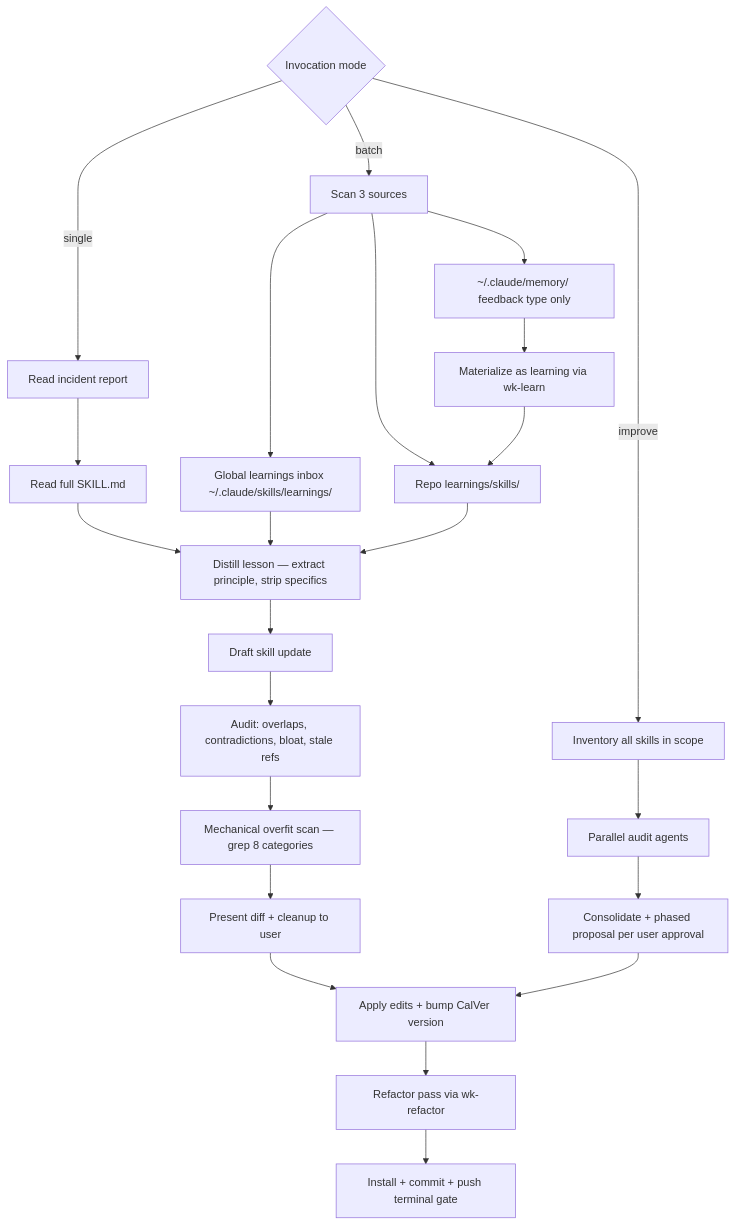
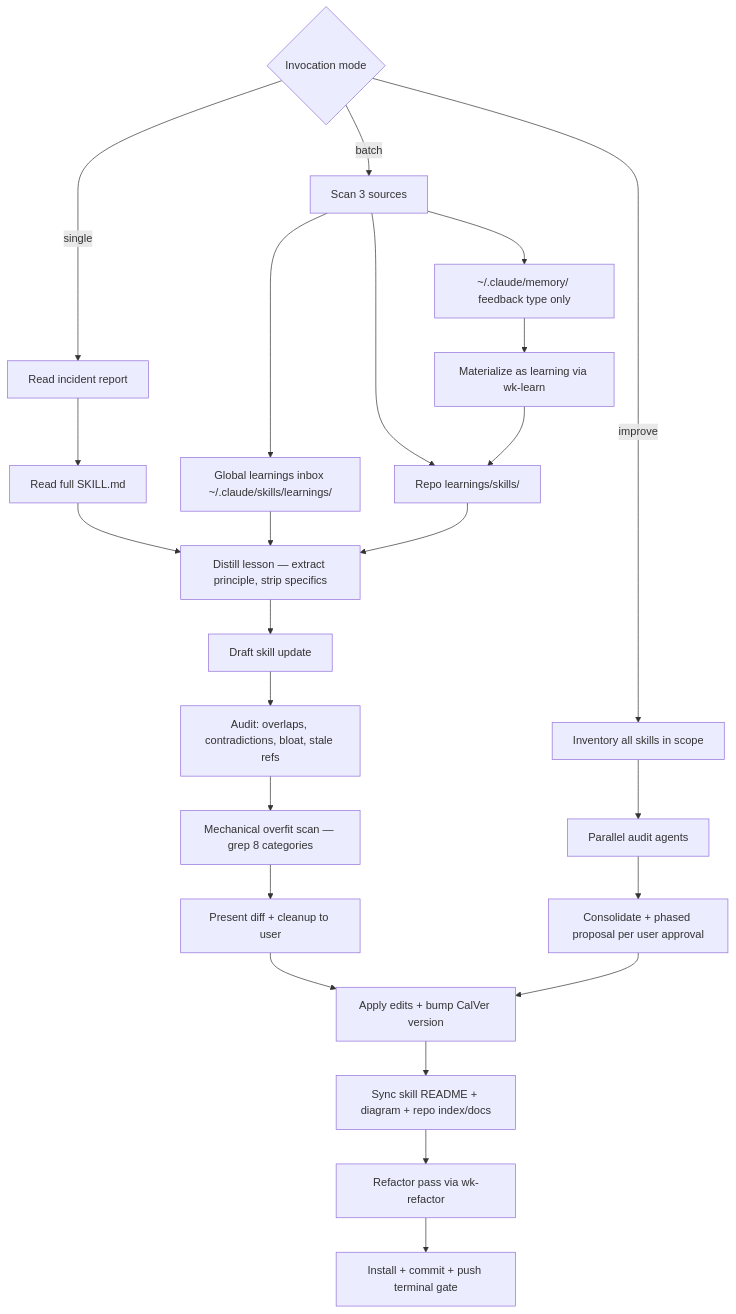
The diagram in skills/sharpen/README.md (whizzzkid/skills), drawn with Mermaid before and after one commit. The commit also changed 2 other files, not shown here.

Commit message:
feat(skills): 🔧 wk-sharpen sync skill README, diagrams, and repo docs on apply
A SKILL.md edit that changes described behavior left the skill README, its
Mermaid diagram, the root + skills index tables, and docs/ stale — the same
drift the skill warns against. Step 7 now propagates the change to all doc
surfaces in the same pass; Step 8 commit group includes them. Applied the rule
to this edit by updating sharpen's own README diagram.

Generated with [wk-skills](https://github.com/whizzzkid/skills) and multiple models.

````diff
--- a/skills/sharpen/README.md
+++ b/skills/sharpen/README.md
@@ -14,25 +14,26 @@
 ```mermaid
 flowchart TD
     A{Invocation mode} -->|single| B[Read incident report]
     A -->|batch| G[Scan 3 sources]
     A -->|improve| K[Inventory all skills in scope]
     B --> C[Read full SKILL.md]
     C --> D[Distill lesson — extract principle, strip specifics]
     D --> E[Draft skill update]
     E --> F[Audit: overlaps, contradictions, bloat, stale refs]
     F --> F2[Mechanical overfit scan — grep 8 categories]
     F2 --> P[Present diff + cleanup to user]
     P --> Q[Apply edits + bump CalVer version]
-    Q --> R[Refactor pass via wk-refactor]
+    Q --> Q2[Sync skill README + diagram + repo index/docs]
+    Q2 --> R[Refactor pass via wk-refactor]
     R --> S[Install + commit + push terminal gate]
     G --> G1[Global learnings inbox ~/.claude/skills/learnings/]
     G --> G2[Repo learnings/skills/]
     G --> G3[~/.claude/memory/ feedback type only]
     G3 --> GM[Materialize as learning via wk-learn]
     GM --> G2
     G1 & G2 --> D
     K --> L[Parallel audit agents]
     L --> M[Consolidate + phased proposal per user approval]
     M --> Q
     click R href "../refactor/README.md" _blank
 ```
````
